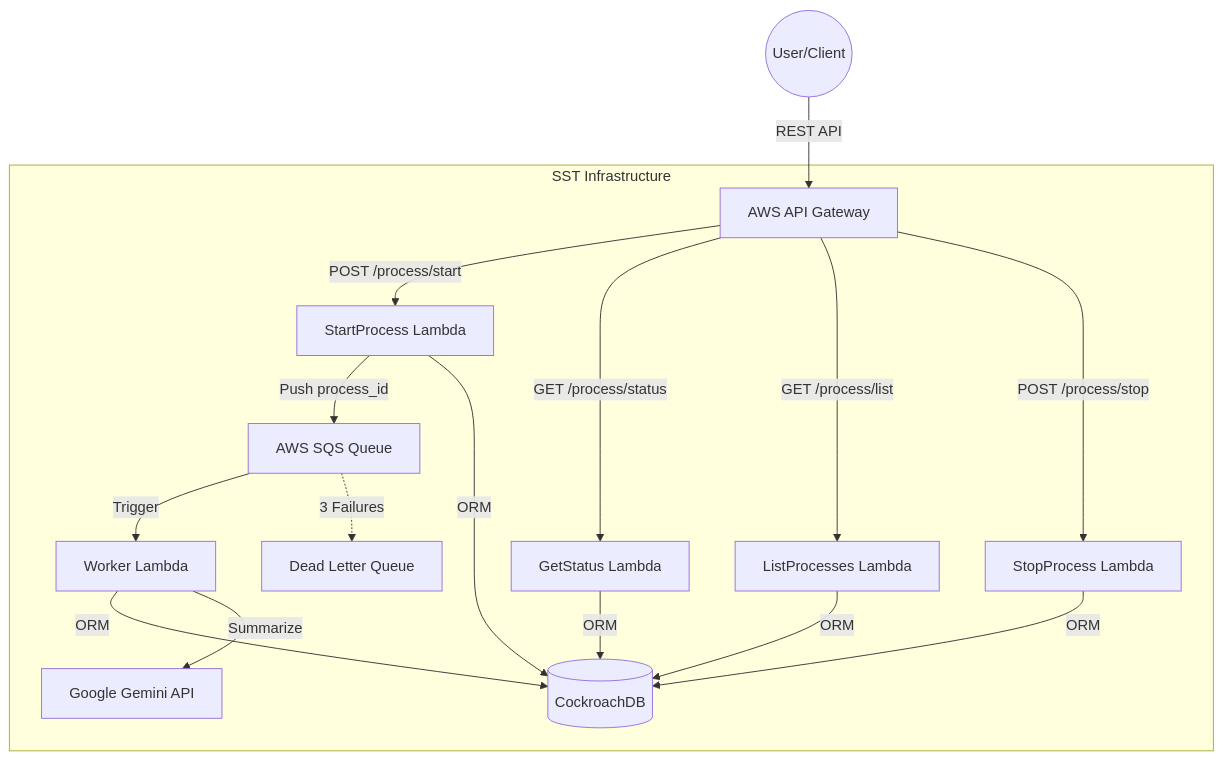
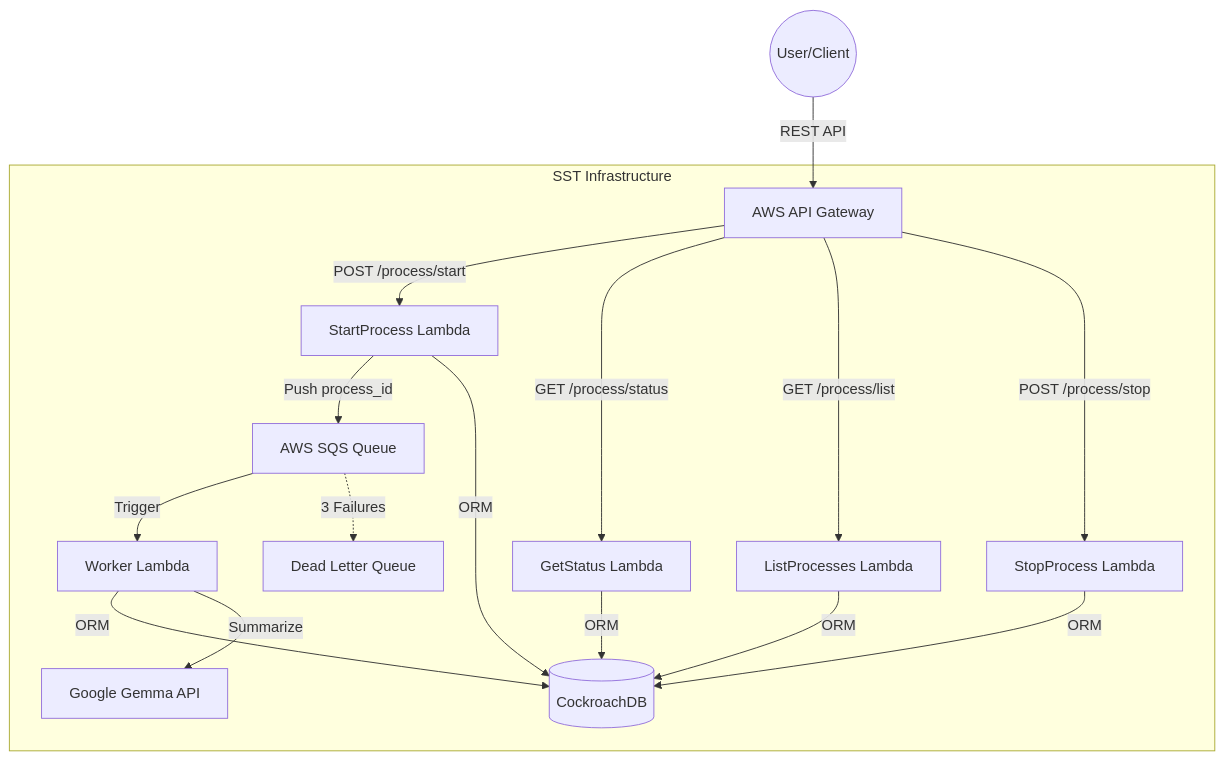
Before and after one commit to s4nt14go/doc-processing: the first of 2 diagrams in README.md, drawn with Mermaid. The commit also changed other lines of this file, not shown here.

Commit message:
docs: update README to reflect integration with Google Gemma API

````diff
--- a/README.md
+++ b/README.md
@@ -12,18 +12,18 @@
 ```mermaid
 graph TD
     User((User/Client)) -->|REST API| APIGateway[AWS API Gateway]
     
     subgraph "SST Infrastructure"
         APIGateway -->|POST /process/start| StartLambda[StartProcess Lambda]
         APIGateway -->|GET /process/status| StatusLambda[GetStatus Lambda]
         APIGateway -->|GET /process/list| ListLambda[ListProcesses Lambda]
         APIGateway -->|POST /process/stop| StopLambda[StopProcess Lambda]
         
         StartLambda -->|Push process_id| SQS[AWS SQS Queue]
         SQS -->|Trigger| WorkerLambda[Worker Lambda]
         SQS -.->|3 Failures| DLQ[Dead Letter Queue]
         
         StartLambda & StatusLambda & ListLambda & StopLambda & WorkerLambda -->|ORM| DB[(CockroachDB)]
-        WorkerLambda -->|Summarize| Gemini[Google Gemini API]
+        WorkerLambda -->|Summarize| Gemma[Google Gemma API]
     end
 ```
````
